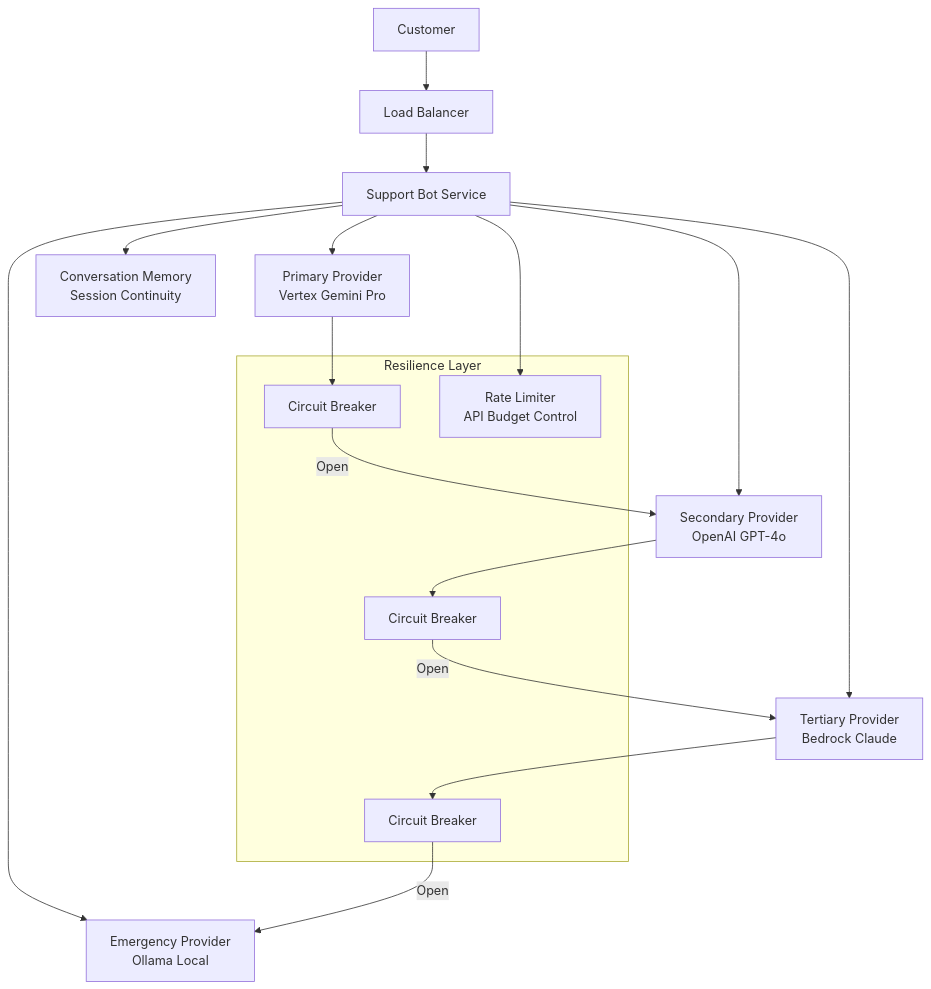
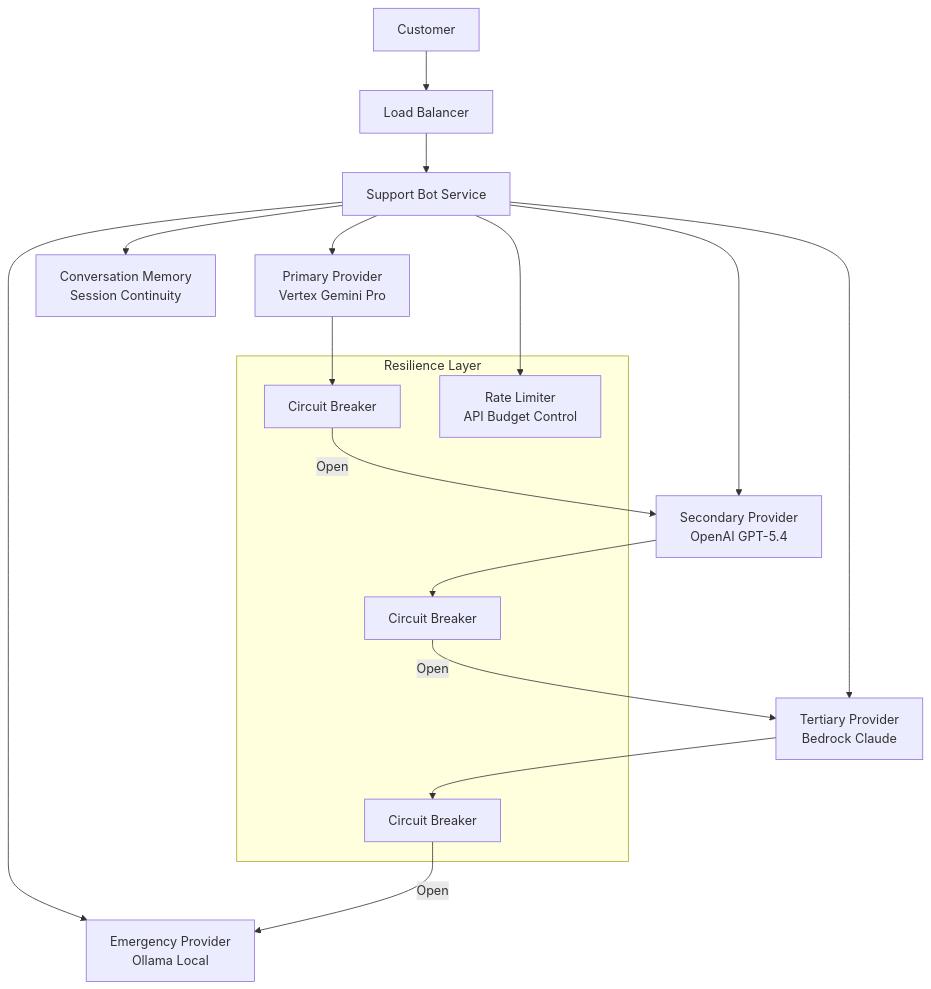
Before and after one commit to juspay/neurolink-blog: the diagram in _posts/2025-09-19-enterprise-customer-support-bot.md, drawn with Mermaid. The commit also changed other lines of this file and 172 other files, not shown here.

````diff
--- a/_posts/2025-09-19-enterprise-customer-support-bot.md
+++ b/_posts/2025-09-19-enterprise-customer-support-bot.md
@@ -38,28 +37,28 @@
 ```mermaid
 flowchart TB
     Customer[Customer] --> LB[Load Balancer]
     LB --> Bot[Support Bot Service]
 
     Bot --> Primary[Primary Provider<br/>Vertex Gemini Pro]
-    Bot --> Secondary[Secondary Provider<br/>OpenAI GPT-4o]
+    Bot --> Secondary[Secondary Provider<br/>OpenAI GPT-5.4]
     Bot --> Tertiary[Tertiary Provider<br/>Bedrock Claude]
     Bot --> Emergency[Emergency Provider<br/>Ollama Local]
 
     Primary --> CB1[Circuit Breaker]
     Secondary --> CB2[Circuit Breaker]
     Tertiary --> CB3[Circuit Breaker]
 
     CB1 -->|Open| Secondary
     CB2 -->|Open| Tertiary
     CB3 -->|Open| Emergency
 
     Bot --> Memory[Conversation Memory<br/>Session Continuity]
     Bot --> RL[Rate Limiter<br/>API Budget Control]
 
     subgraph Resilience Layer
         CB1
         CB2
         CB3
         RL
     end
 ```
````
